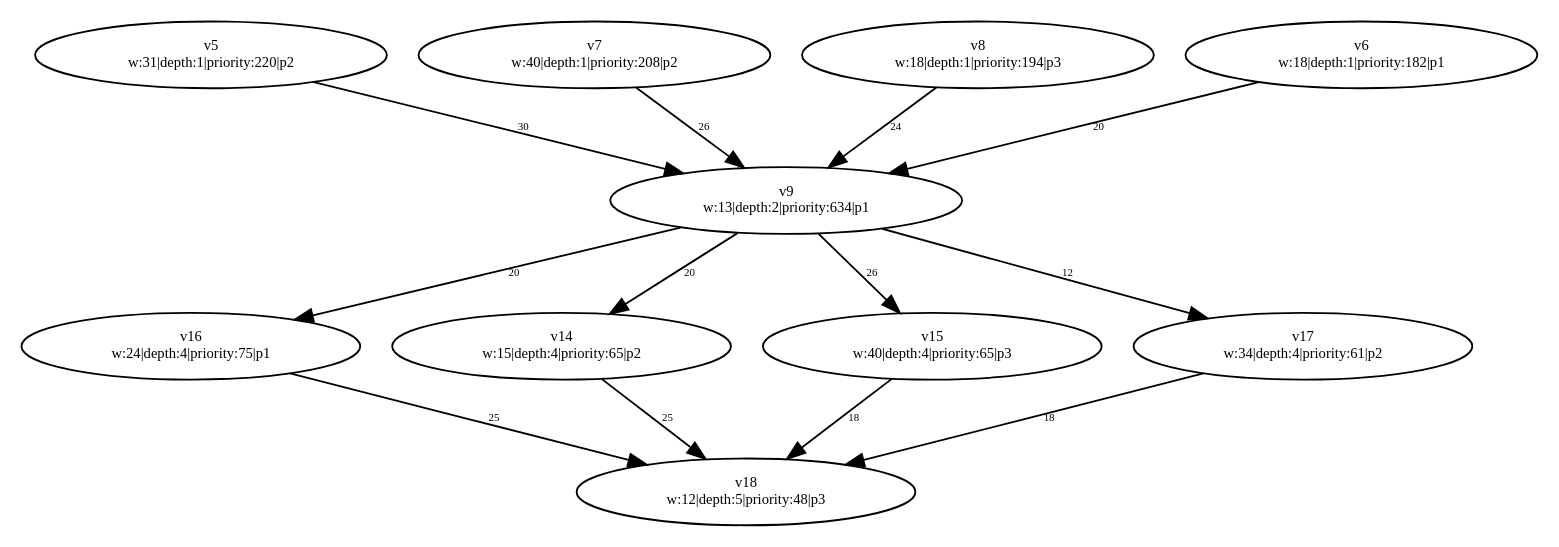
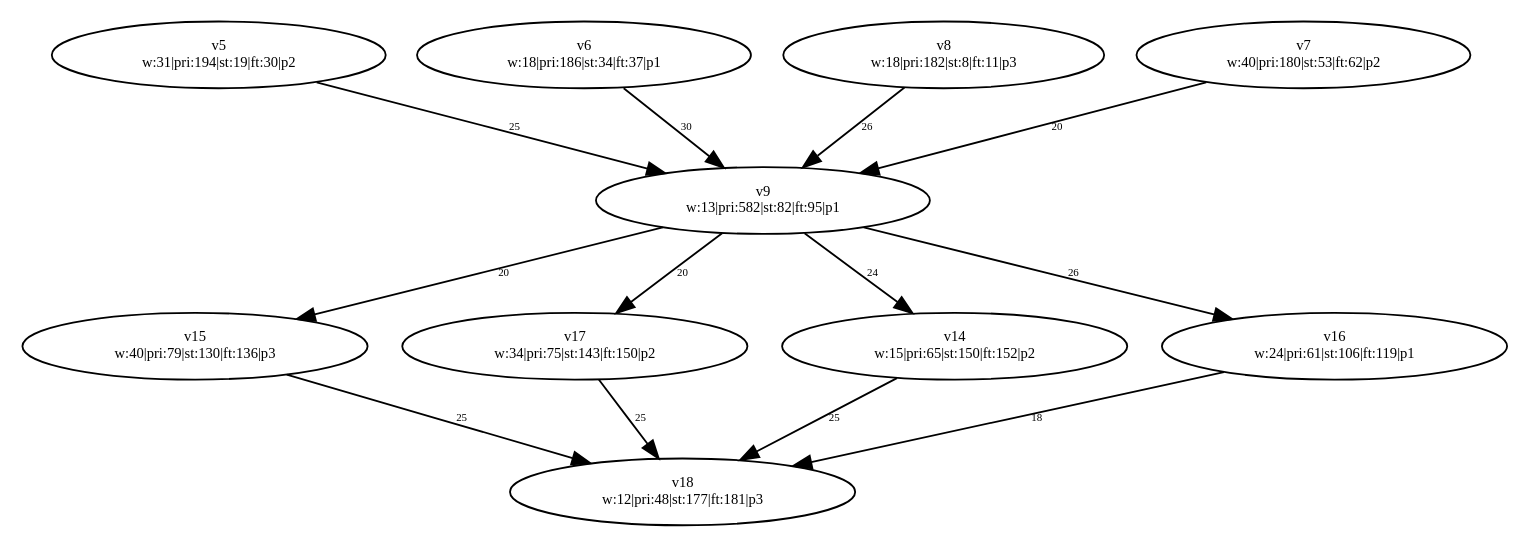
The diagram in PythonApplication1/PythonApplication1/test-output/slika_8_Simplified.gv (dexters1/Task-Scheduling-Based-on-Genetic-Algorithms), drawn with Graphviz before and after one commit. The commit also changed 51 other files, not shown here.

Commit message:
Finished unitTesting for Graph + Processor modules

```diff
--- a/PythonApplication1/PythonApplication1/test-output/slika_8_Simplified.gv
+++ b/PythonApplication1/PythonApplication1/test-output/slika_8_Simplified.gv
@@ -1,34 +1,34 @@
 digraph {
 	v5 [label="v5
-w:31|depth:1|priority:220|p2" fontsize=8.0]
+w:31|pri:194|st:19|ft:30|p2" fontsize=8.0]
+	v6 [label="v6
+w:18|pri:186|st:34|ft:37|p1" fontsize=8.0]
+	v8 [label="v8
+w:18|pri:182|st:8|ft:11|p3" fontsize=8.0]
 	v7 [label="v7
-w:40|depth:1|priority:208|p2" fontsize=8.0]
-	v8 [label="v8
-w:18|depth:1|priority:194|p3" fontsize=8.0]
-	v6 [label="v6
-w:18|depth:1|priority:182|p1" fontsize=8.0]
+w:40|pri:180|st:53|ft:62|p2" fontsize=8.0]
 	v9 [label="v9
-w:13|depth:2|priority:634|p1" fontsize=8.0]
+w:13|pri:582|st:82|ft:95|p1" fontsize=8.0]
+	v15 [label="v15
+w:40|pri:79|st:130|ft:136|p3" fontsize=8.0]
+	v17 [label="v17
+w:34|pri:75|st:143|ft:150|p2" fontsize=8.0]
+	v14 [label="v14
+w:15|pri:65|st:150|ft:152|p2" fontsize=8.0]
 	v16 [label="v16
-w:24|depth:4|priority:75|p1" fontsize=8.0]
-	v14 [label="v14
-w:15|depth:4|priority:65|p2" fontsize=8.0]
-	v15 [label="v15
-w:40|depth:4|priority:65|p3" fontsize=8.0]
-	v17 [label="v17
-w:34|depth:4|priority:61|p2" fontsize=8.0]
+w:24|pri:61|st:106|ft:119|p1" fontsize=8.0]
 	v18 [label="v18
-w:12|depth:5|priority:48|p3" fontsize=8.0]
-	v5 -> v9 [label=30 constraint=true fontsize=6.0]
-	v6 -> v9 [label=20 constraint=true fontsize=6.0]
-	v7 -> v9 [label=26 constraint=true fontsize=6.0]
-	v8 -> v9 [label=24 constraint=true fontsize=6.0]
+w:12|pri:48|st:177|ft:181|p3" fontsize=8.0]
+	v5 -> v9 [label=25 constraint=true fontsize=6.0]
+	v6 -> v9 [label=30 constraint=true fontsize=6.0]
+	v7 -> v9 [label=20 constraint=true fontsize=6.0]
+	v8 -> v9 [label=26 constraint=true fontsize=6.0]
 	v14 -> v18 [label=25 constraint=true fontsize=6.0]
-	v15 -> v18 [label=18 constraint=true fontsize=6.0]
-	v16 -> v18 [label=25 constraint=true fontsize=6.0]
-	v17 -> v18 [label=18 constraint=true fontsize=6.0]
-	v9 -> v15 [label=26 constraint=true fontsize=6.0]
-	v9 -> v17 [label=12 constraint=true fontsize=6.0]
-	v9 -> v16 [label=20 constraint=true fontsize=6.0]
-	v9 -> v14 [label=20 constraint=true fontsize=6.0]
+	v15 -> v18 [label=25 constraint=true fontsize=6.0]
+	v16 -> v18 [label=18 constraint=true fontsize=6.0]
+	v17 -> v18 [label=25 constraint=true fontsize=6.0]
+	v9 -> v16 [label=26 constraint=true fontsize=6.0]
+	v9 -> v15 [label=20 constraint=true fontsize=6.0]
+	v9 -> v17 [label=20 constraint=true fontsize=6.0]
+	v9 -> v14 [label=24 constraint=true fontsize=6.0]
 }
```
